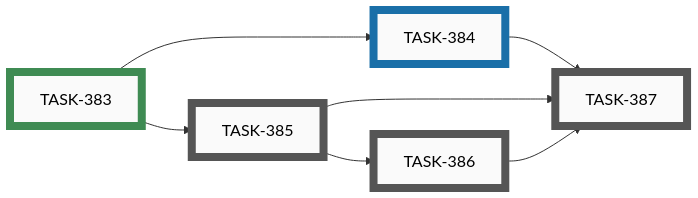
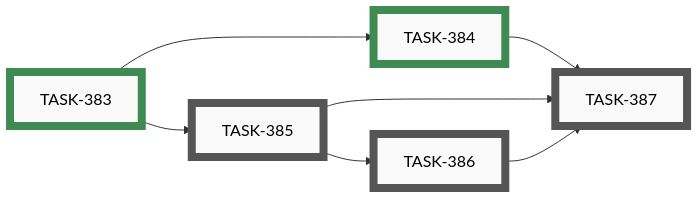
The tenth of 11 diagrams in docs/developers/tasks/EPICS.md (tgd1975/AwesomeGuitarPedal), drawn with Mermaid before and after one commit. The commit also changed other lines of this file and 3 other files, not shown here.

First line of the commit message:
close TASK-384: Wiring test tool — button press logging, counters, and status display

````diff
--- a/docs/developers/tasks/EPICS.md
+++ b/docs/developers/tasks/EPICS.md
@@ -374,27 +374,27 @@
 ```mermaid
 graph LR
     TASK_385["TASK-385"]:::open
     TASK_386["TASK-386"]:::open
     TASK_387["TASK-387"]:::open
-    TASK_384["TASK-384"]:::active
     TASK_383["TASK-383"]:::closed
+    TASK_384["TASK-384"]:::closed
     TASK_383 --> TASK_385
     TASK_385 --> TASK_386
     TASK_384 --> TASK_387
     TASK_385 --> TASK_387
     TASK_386 --> TASK_387
     TASK_383 --> TASK_384
     click TASK_385 "open/task-385-wiring-test-tool-led-group-modes.md"
     click TASK_386 "open/task-386-wiring-test-tool-led-individual-mode.md"
     click TASK_387 "open/task-387-wiring-test-tool-final-bindings-help-legend-builder-doc.md"
-    click TASK_384 "active/task-384-wiring-test-tool-button-mode.md"
     click TASK_383 "closed/task-383-wiring-test-tool-env-makefile-scaffolding.md"
+    click TASK_384 "closed/task-384-wiring-test-tool-button-mode.md"
     classDef open    fill:#FAFAFA,stroke:#555,stroke-width:8px,color:#000
     classDef active  fill:#FAFAFA,stroke:#1A6FA8,stroke-width:8px,color:#000
     classDef closed  fill:#FAFAFA,stroke:#3F8B53,stroke-width:8px,color:#000
     classDef paused  fill:#FAFAFA,stroke:#B07810,stroke-width:8px,color:#000
     classDef openExt    fill:#000,stroke:#888,stroke-width:8px,color:#FFF
     classDef activeExt  fill:#000,stroke:#3FA9F5,stroke-width:8px,color:#FFF
     classDef closedExt  fill:#000,stroke:#7CC68A,stroke-width:8px,color:#FFF
     classDef pausedExt  fill:#000,stroke:#F0B030,stroke-width:8px,color:#FFF
 ```
````
